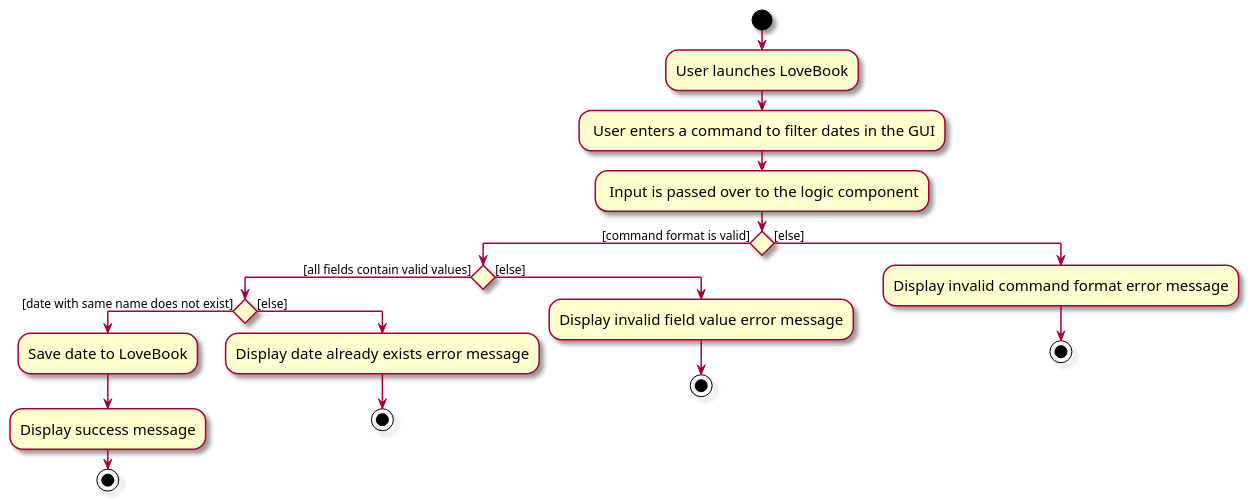
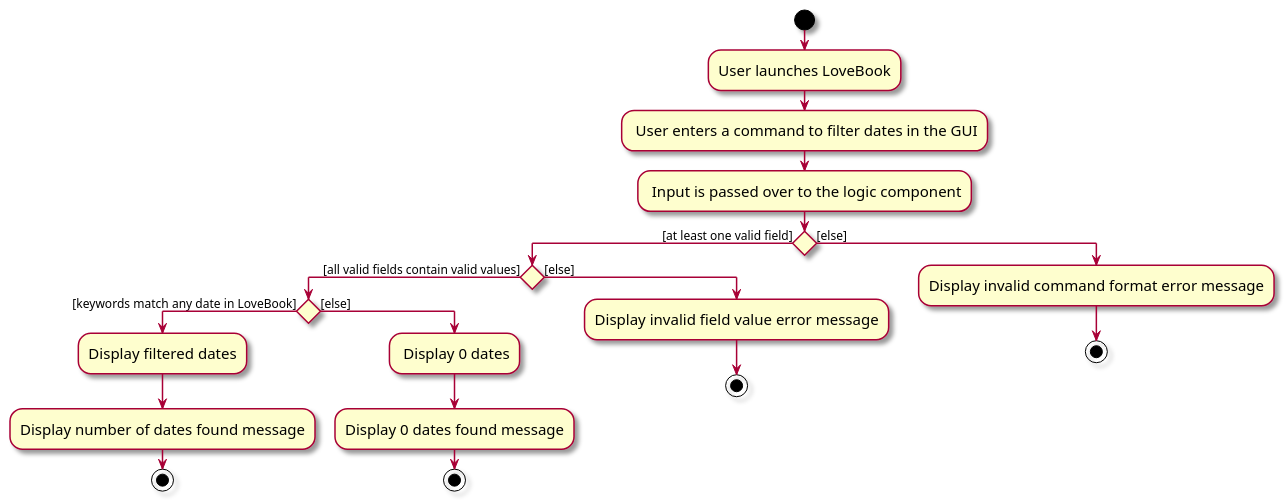
One commit to nus-cs2103-AY2324S1/tp changed the diagram in docs/diagrams/FilterActivity.puml. Above: the diagram before and after it, drawn with PlantUML. The commit also changed 6 other files, not shown here.

```diff
--- a/docs/diagrams/FilterActivity.puml
+++ b/docs/diagrams/FilterActivity.puml
@@ -1,30 +1,31 @@
 @startuml
 skin rose
 skinparam ActivityFontSize 15
 skinparam ArrowFontSize 12
 start
 :User launches LoveBook;
 
 : User enters a command to filter dates in the GUI;
 
 : Input is passed over to the logic component;
 
-if () then ([command format is valid])
-        if () then ([all fields contain valid values])
-            if () then ([date with same name does not exist])
-                :Save date to LoveBook;
-                :Display success message;
+if () then ([at least one valid field])
+        if () then ([all valid fields contain valid values])
+            if () then ([keywords match any date in LoveBook])
+                :Display filtered dates;
+                :Display number of dates found message;
                 stop
             else ([else])
-                :Display date already exists error message;
+                : Display 0 dates;
+                :Display 0 dates found message;
                 stop
             endif
         else ([else])
             :Display invalid field value error message;
             stop
         endif
 else ([else])
     :Display invalid command format error message;
     stop
 endif
 @enduml
```
